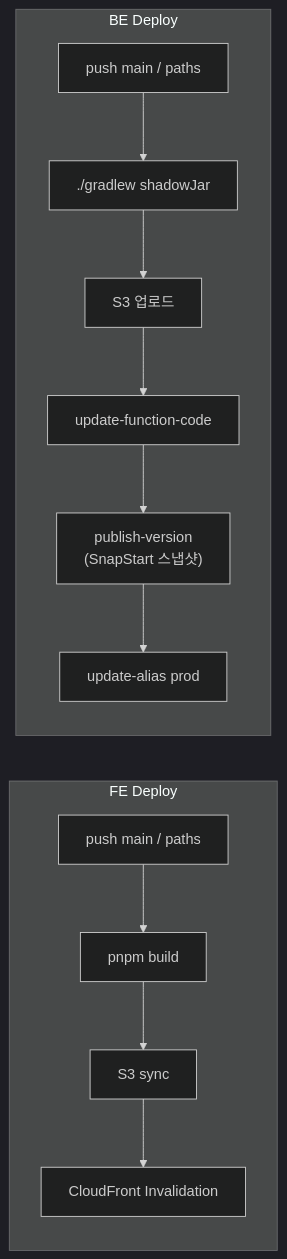
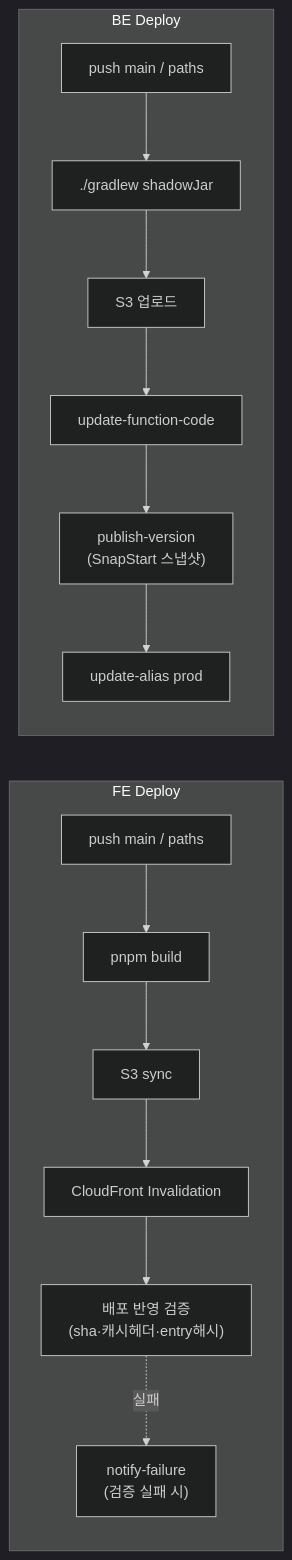
The second of 4 diagrams in docs/SYSTEM-ARCHITECTURE.md (BAECHAN/link-sphere_FE_NEW), drawn with Mermaid (dark theme) before and after one commit. The commit also changed other lines of this file and 3 other files, not shown here.

````diff
--- a/docs/SYSTEM-ARCHITECTURE.md
+++ b/docs/SYSTEM-ARCHITECTURE.md
@@ -86,19 +86,22 @@
 ```mermaid
 flowchart LR
   subgraph fe_deploy [FE Deploy]
     FE_Trigger["push main / paths"]
     FE_Build["pnpm build"]
     FE_S3["S3 sync"]
     FE_CF["CloudFront Invalidation"]
-    FE_Trigger --> FE_Build --> FE_S3 --> FE_CF
+    FE_Verify["배포 반영 검증<br/>(sha·캐시헤더·entry해시)"]
+    FE_Notify["notify-failure<br/>(검증 실패 시)"]
+    FE_Trigger --> FE_Build --> FE_S3 --> FE_CF --> FE_Verify
+    FE_Verify -.실패.-> FE_Notify
   end
   subgraph be_deploy [BE Deploy]
     BE_Trigger["push main / paths"]
     BE_Jar["./gradlew shadowJar"]
     BE_S3["S3 업로드"]
     BE_Code["update-function-code"]
     BE_Ver["publish-version<br/>(SnapStart 스냅샷)"]
     BE_Alias["update-alias prod"]
     BE_Trigger --> BE_Jar --> BE_S3 --> BE_Code --> BE_Ver --> BE_Alias
   end
 ```
````
